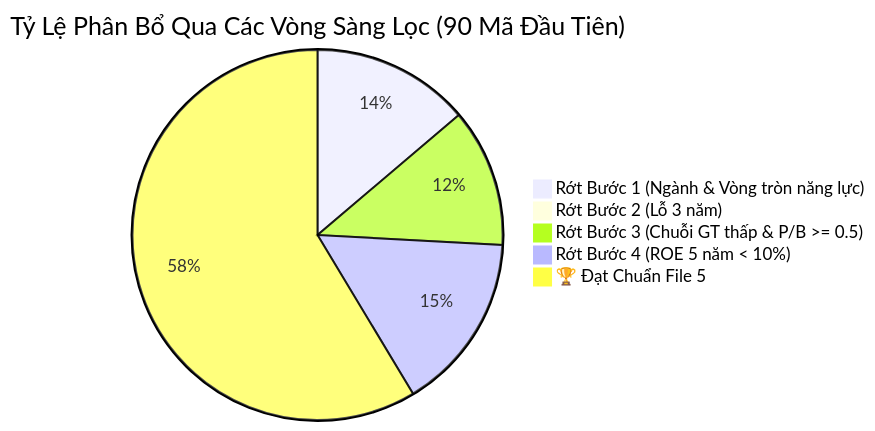
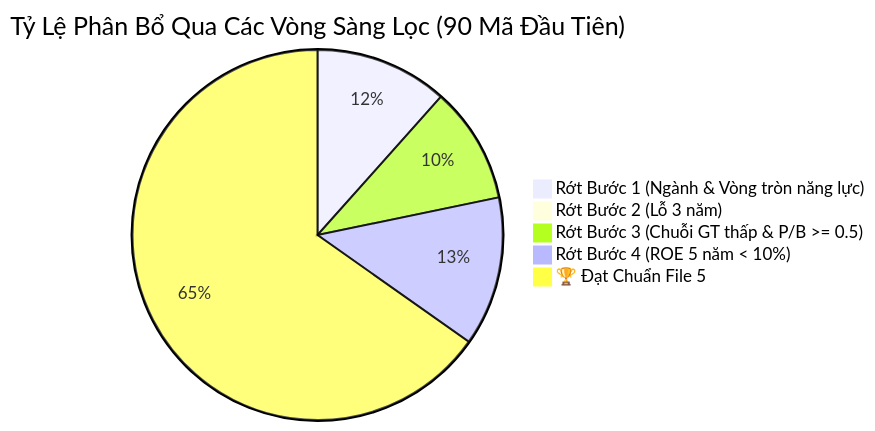
The diagram in screenings/screening_dashboard.md (lenhan1102/pdf-analyzer), drawn with Mermaid before and after one commit. The commit also changed other lines of this file and 8 other files, not shown here.

````diff
--- a/screenings/screening_dashboard.md
+++ b/screenings/screening_dashboard.md
@@ -9,8 +9,8 @@
 ```mermaid
 pie title Tỷ Lệ Phân Bổ Qua Các Vòng Sàng Lọc (90 Mã Đầu Tiên)
     "Rớt Bước 1 (Ngành & Vòng tròn năng lực)" : 16
     "Rớt Bước 2 (Lỗ 3 năm)" : 1
     "Rớt Bước 3 (Chuỗi GT thấp & P/B >= 0.5)" : 14
     "Rớt Bước 4 (ROE 5 năm < 10%)" : 18
-    "🏆 Đạt Chuẩn File 5" : 68
+    "🏆 Đạt Chuẩn File 5" : 90
 ```
````
